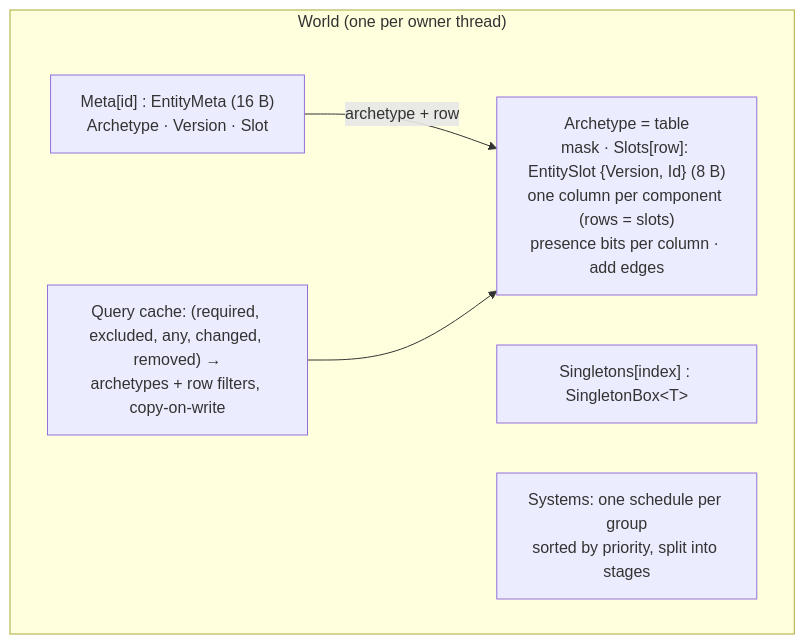
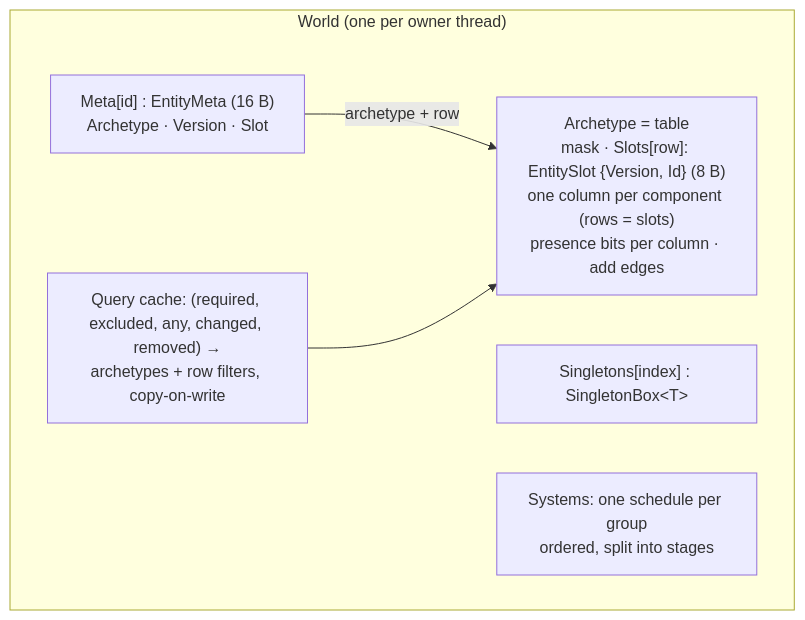
Before and after one commit to JasonXuDeveloper/EasyEcs: the first of 3 diagrams in doc/architecture.md, drawn with Mermaid. The commit also changed other lines of this file and 17 other files, not shown here.

````diff
--- a/doc/architecture.md
+++ b/doc/architecture.md
@@ -13,12 +13,12 @@
 ```mermaid
 flowchart TB
     subgraph "World (one per owner thread)"
         Meta["Meta[id] : EntityMeta (16 B)<br/>Archetype · Version · Slot"]
         Arch["Archetype = table<br/>mask · Slots[row]: EntitySlot {Version, Id} (8 B)<br/>one column per component (rows = slots)<br/>presence bits per column · add edges"]
         QC["Query cache: (required, excluded, any, changed, removed) →<br/>archetypes + row filters, copy-on-write"]
         Single["Singletons[index] : SingletonBox&lt;T&gt;"]
-        Sys["Systems: one schedule per group<br/>sorted by priority, split into stages"]
+        Sys["Systems: one schedule per group<br/>ordered, split into stages"]
     end
     Meta -->|archetype + row| Arch
     QC --> Arch
 ```
````
